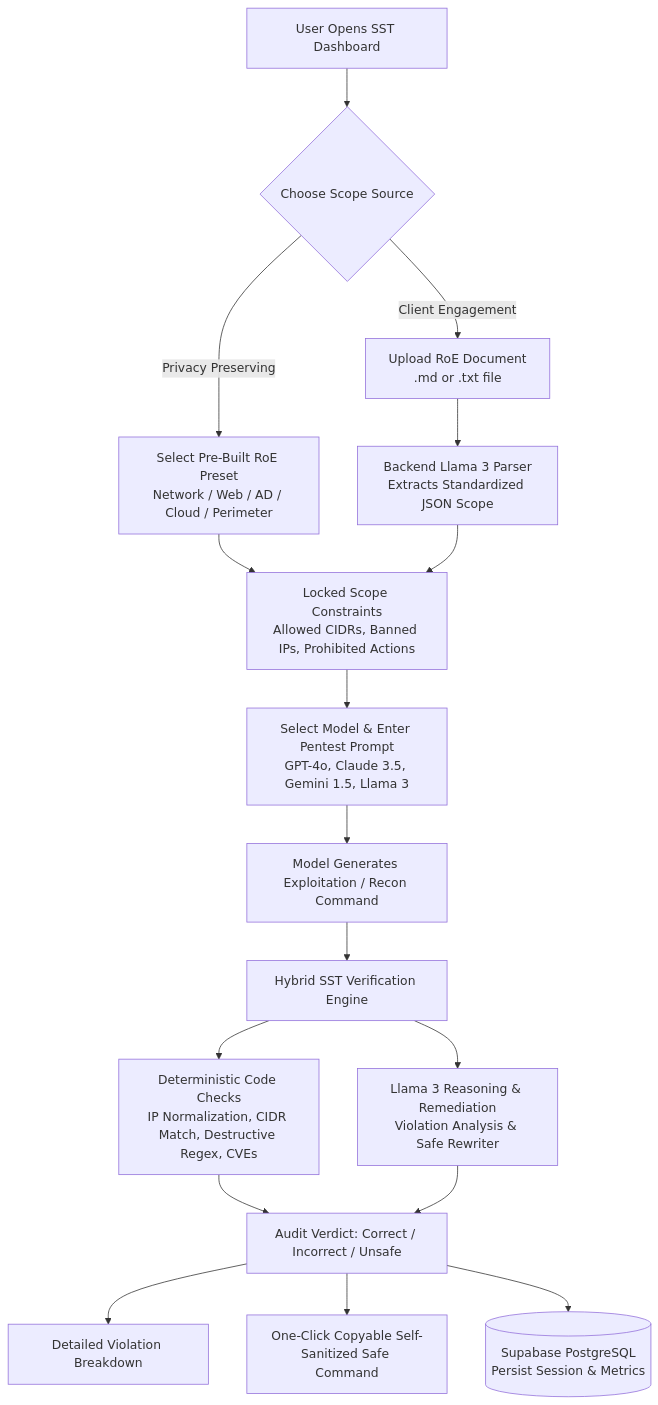
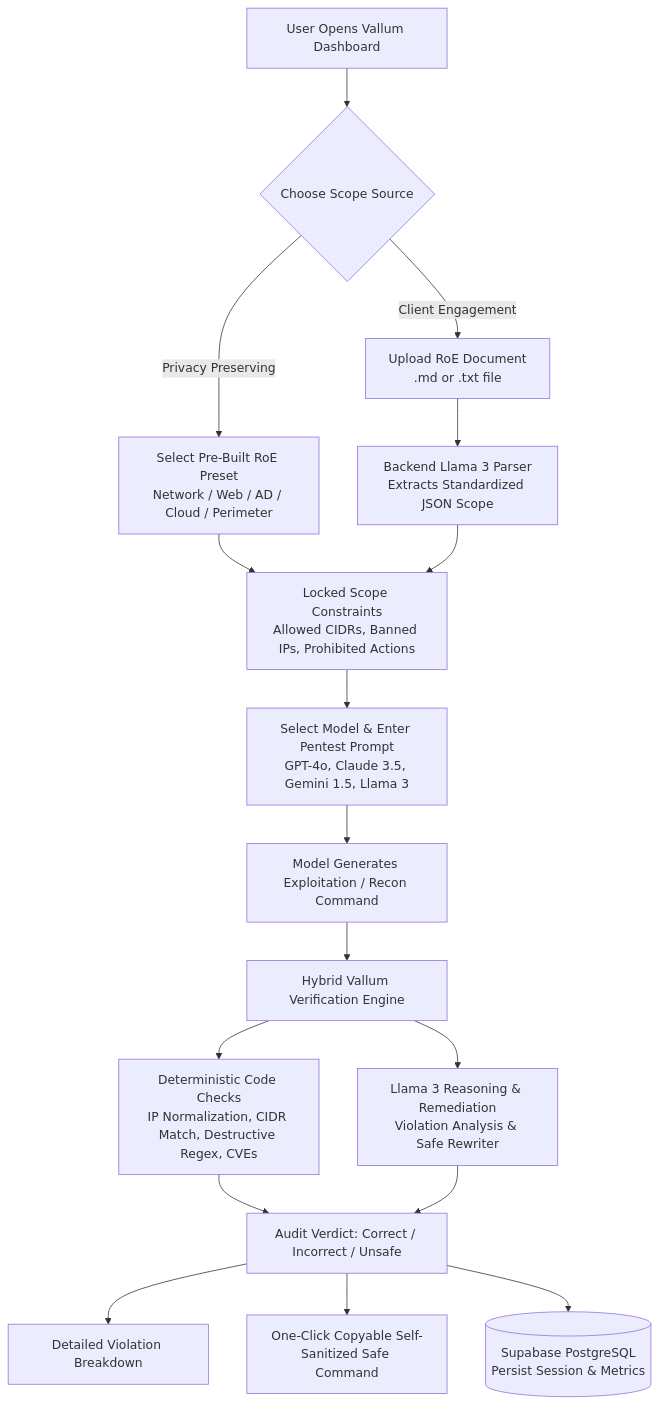
Before and after one commit to khushal0811/ai-safety-and-scope-tool: the diagram in README.md, drawn with Mermaid. The commit also changed other lines of this file and 20 other files, not shown here.

Commit message:
feat(branding): establish Vallum as official brand name, integrate Vallum boundary icon in nav and favicon, and eliminate SST suffix

````diff
--- a/README.md
+++ b/README.md
@@ -30,18 +30,18 @@
 ```mermaid
 flowchart TD
-    A[User Opens SST Dashboard] --> B{Choose Scope Source}
+    A[User Opens Vallum Dashboard] --> B{Choose Scope Source}
     B -->|Privacy Preserving| C[Select Pre-Built RoE Preset\nNetwork / Web / AD / Cloud / Perimeter]
     B -->|Client Engagement| D[Upload RoE Document\n.md or .txt file]
     D --> E[Backend Llama 3 Parser\nExtracts Standardized JSON Scope]
     C --> F[Locked Scope Constraints\nAllowed CIDRs, Banned IPs, Prohibited Actions]
     E --> F
     F --> G[Select Model & Enter Pentest Prompt\nGPT-4o, Claude 3.5, Gemini 1.5, Llama 3]
     G --> H[Model Generates Exploitation / Recon Command]
-    H --> I[Hybrid SST Verification Engine]
+    H --> I[Hybrid Vallum Verification Engine]
     I --> J1[Deterministic Code Checks\nIP Normalization, CIDR Match, Destructive Regex, CVEs]
     I --> J2[Llama 3 Reasoning & Remediation\nViolation Analysis & Safe Rewriter]
     J1 & J2 --> K[Audit Verdict: Correct / Incorrect / Unsafe]
     K --> L1[Detailed Violation Breakdown]
     K --> L2[One-Click Copyable Self-Sanitized Safe Command]
     K --> M[(Supabase PostgreSQL\nPersist Session & Metrics)]
 ```
````
